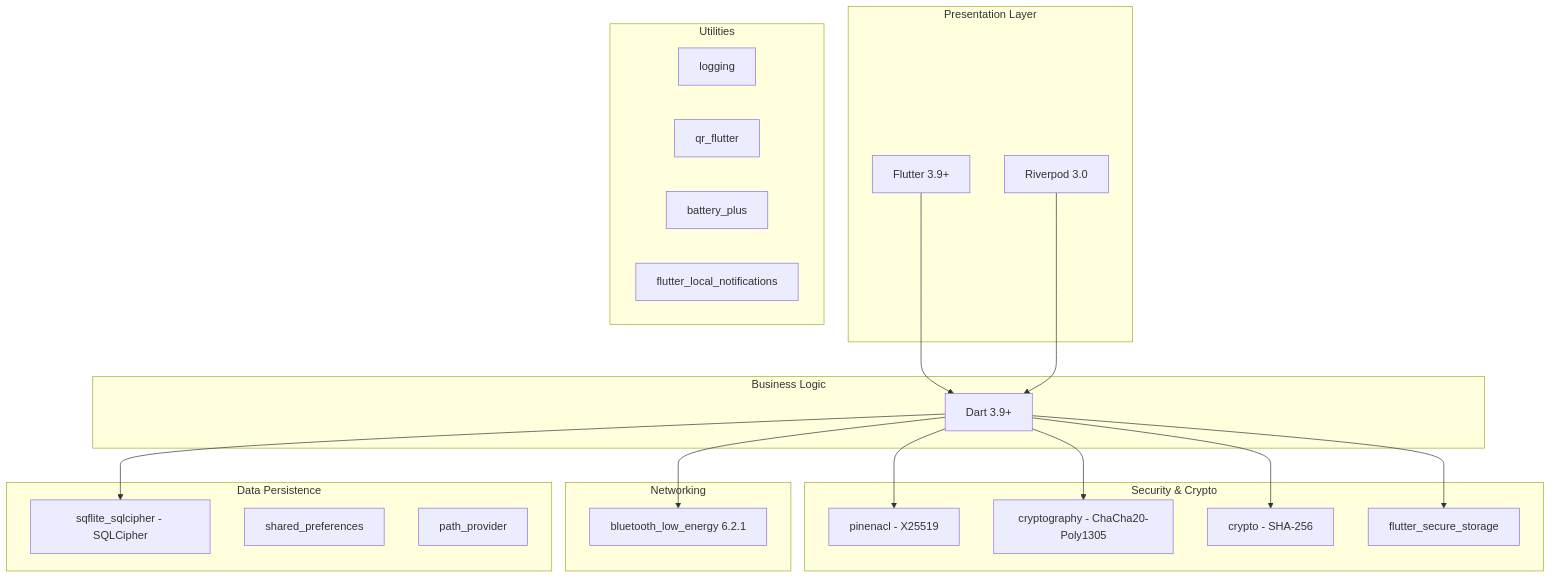
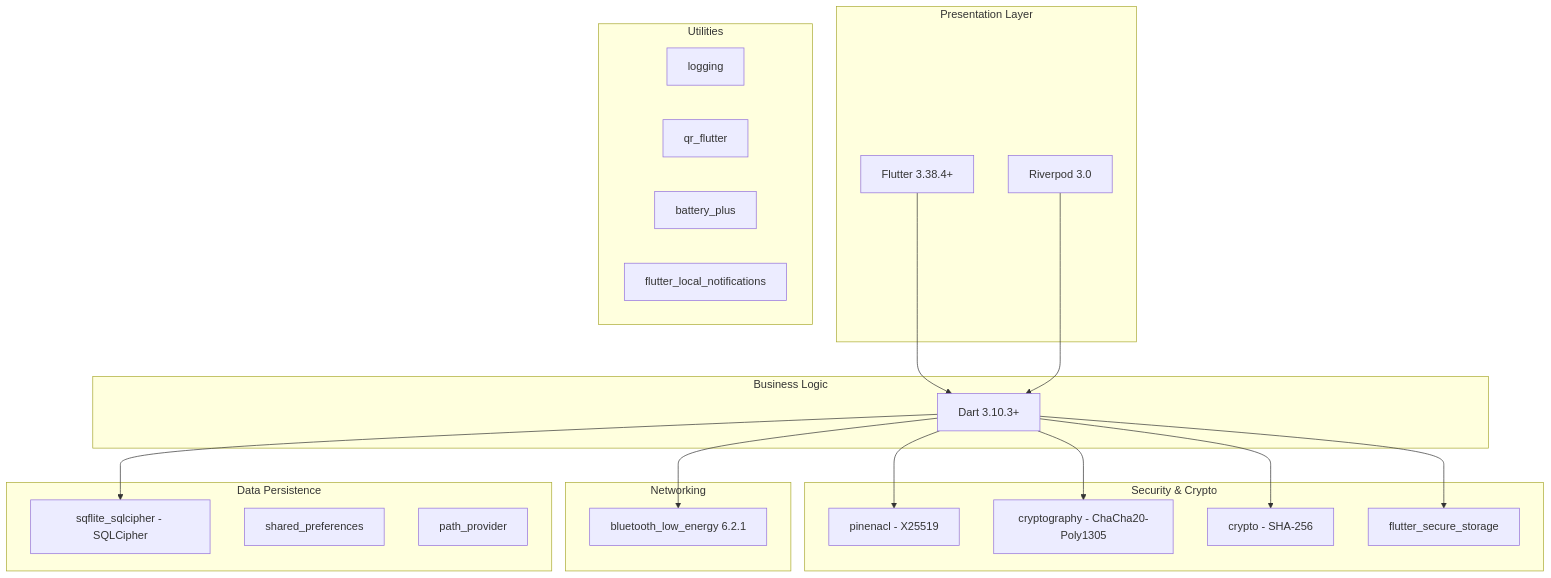
Before and after one commit to AbubakarMahmood1/pak_connect_final: the fourth of 4 diagrams in docs/srs/08-architecture-component-dataflow.md, drawn with Mermaid. The commit also changed other lines of this file and 27 other files, not shown here.

````diff
--- a/docs/srs/08-architecture-component-dataflow.md
+++ b/docs/srs/08-architecture-component-dataflow.md
@@ -389,44 +391,44 @@
 ```mermaid
 graph TB
     subgraph "Presentation Layer"
-        Flutter[Flutter 3.9+]
+        Flutter[Flutter 3.38.4+]
         Riverpod[Riverpod 3.0]
     end
 
     subgraph "Business Logic"
-        Dart[Dart 3.9+]
+        Dart[Dart 3.10.3+]
     end
 
     subgraph "Security & Crypto"
         Pinenacl[pinenacl - X25519]
         Cryptography[cryptography - ChaCha20-Poly1305]
         Crypto[crypto - SHA-256]
         FlutterSecure[flutter_secure_storage]
     end
 
     subgraph "Networking"
         BLE[bluetooth_low_energy 6.2.1]
     end
 
     subgraph "Data Persistence"
         SQLite[sqflite_sqlcipher - SQLCipher]
         SharedPrefs[shared_preferences]
         PathProvider[path_provider]
     end
 
     subgraph "Utilities"
         Logging[logging]
         QR[qr_flutter]
         Battery[battery_plus]
         Notifications[flutter_local_notifications]
     end
 
     Flutter --> Dart
     Riverpod --> Dart
     Dart --> Pinenacl
     Dart --> Cryptography
     Dart --> Crypto
     Dart --> BLE
     Dart --> SQLite
     Dart --> FlutterSecure
 ```
````
